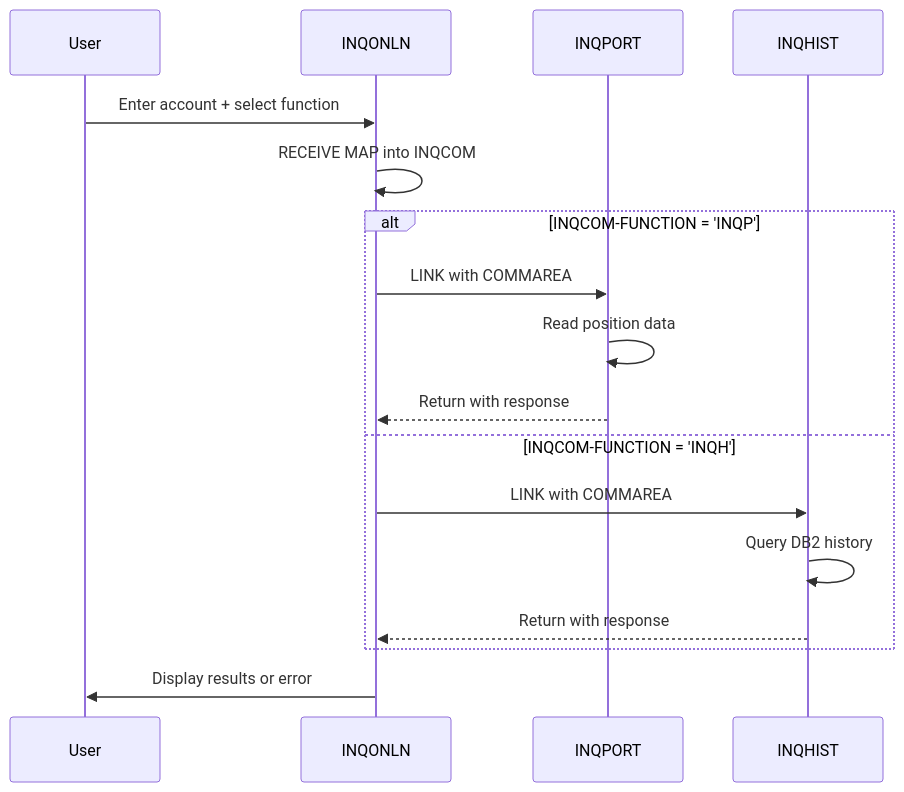
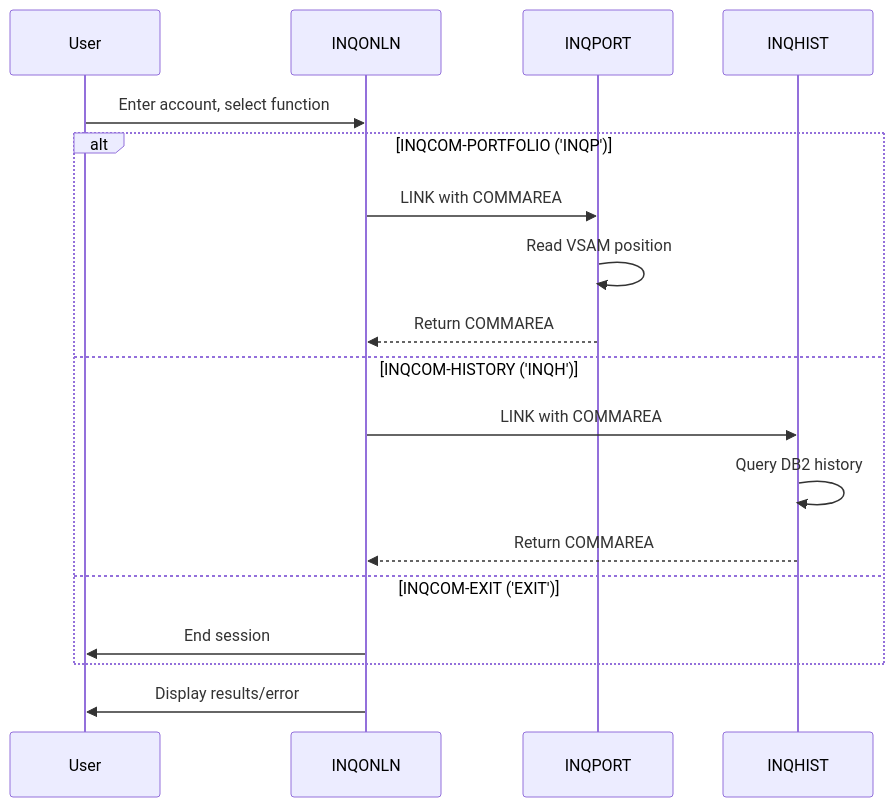
Before and after one commit to haladir-com/legacy-benchmark-docs-vb70e1: the diagram in docs/copybooks/INQCOM.mdx, drawn with Mermaid. The commit also changed other lines of this file and 63 other files, not shown here.

````diff
--- a/docs/copybooks/INQCOM.mdx
+++ b/docs/copybooks/INQCOM.mdx
@@ -81,22 +172,23 @@
 ```mermaid
 sequenceDiagram
     participant User
     participant INQONLN
     participant INQPORT
     participant INQHIST
     
-    User->>INQONLN: Enter account + select function
-    INQONLN->>INQONLN: RECEIVE MAP into INQCOM
+    User->>INQONLN: Enter account, select function
     
-    alt INQCOM-FUNCTION = 'INQP'
+    alt INQCOM-PORTFOLIO ('INQP')
         INQONLN->>INQPORT: LINK with COMMAREA
-        INQPORT->>INQPORT: Read position data
-        INQPORT-->>INQONLN: Return with response
-    else INQCOM-FUNCTION = 'INQH'
+        INQPORT->>INQPORT: Read VSAM position
+        INQPORT-->>INQONLN: Return COMMAREA
+    else INQCOM-HISTORY ('INQH')
         INQONLN->>INQHIST: LINK with COMMAREA
         INQHIST->>INQHIST: Query DB2 history
-        INQHIST-->>INQONLN: Return with response
+        INQHIST-->>INQONLN: Return COMMAREA
+    else INQCOM-EXIT ('EXIT')
+        INQONLN->>User: End session
     end
     
-    INQONLN->>User: Display results or error
+    INQONLN->>User: Display results/error
 ```
````
